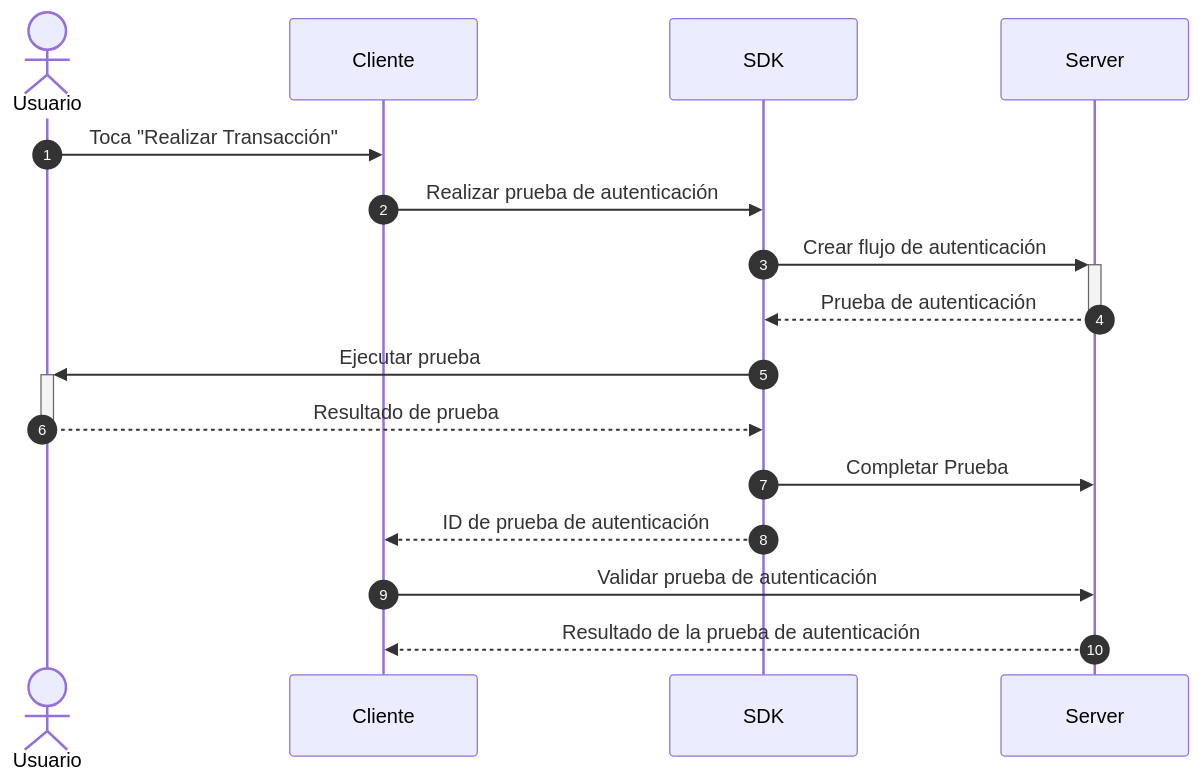
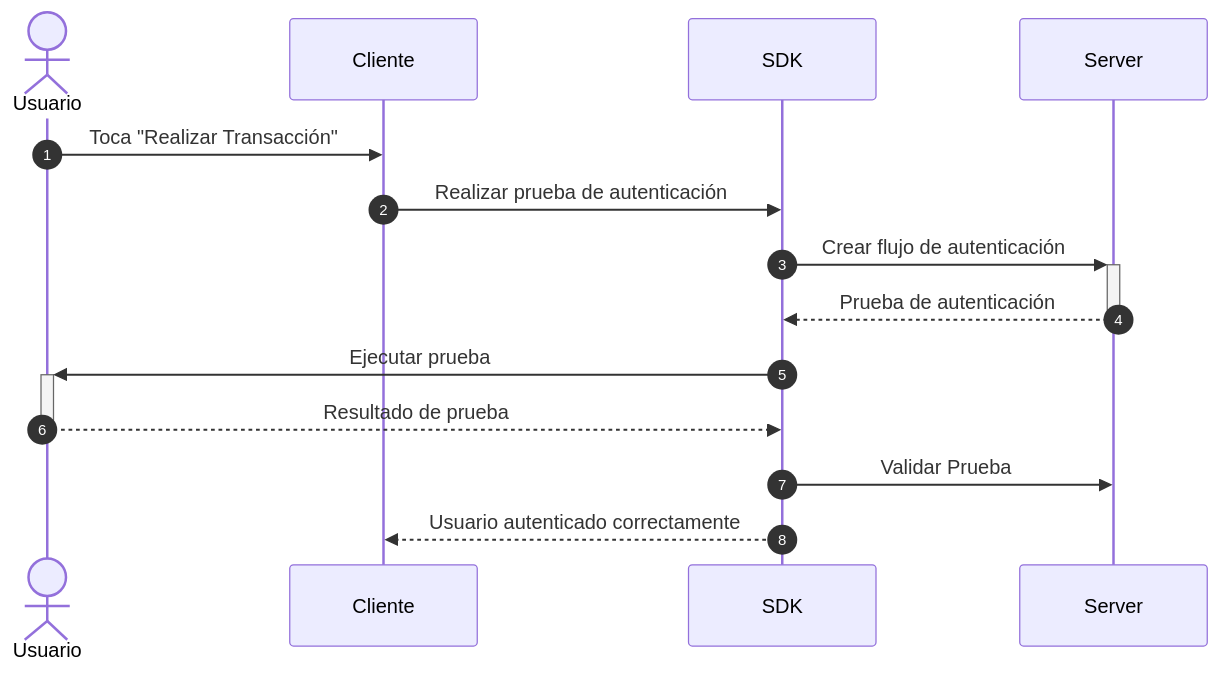
Before and after one commit to IDDigital-Abitab/sdk-documentation: the diagram in docs/flows/authentication-flow.md, drawn with Mermaid. The commit also changed other lines of this file and 5 other files, not shown here.

````diff
--- a/docs/flows/authentication-flow.md
+++ b/docs/flows/authentication-flow.md
@@ -6,20 +6,18 @@
 ```mermaid
 sequenceDiagram
   autonumber
   actor U as Usuario
   participant C as Cliente
   participant SDK as SDK
   participant S as Server
 
   U->>C: Toca "Realizar Transacción"
   C->>SDK: Realizar prueba de autenticación
   SDK->>+S: Crear flujo de autenticación
   S-->>-SDK: Prueba de autenticación
   SDK->>+U: Ejecutar prueba
   U-->>-SDK: Resultado de prueba
-  SDK->>S: Completar Prueba
-  SDK-->>C: ID de prueba de autenticación
+  SDK->>S: Validar Prueba
 
-  C->>S: Validar prueba de autenticación
-  S-->>C: Resultado de la prueba de autenticación
+  SDK-->>C: Usuario autenticado correctamente
 ```
````
